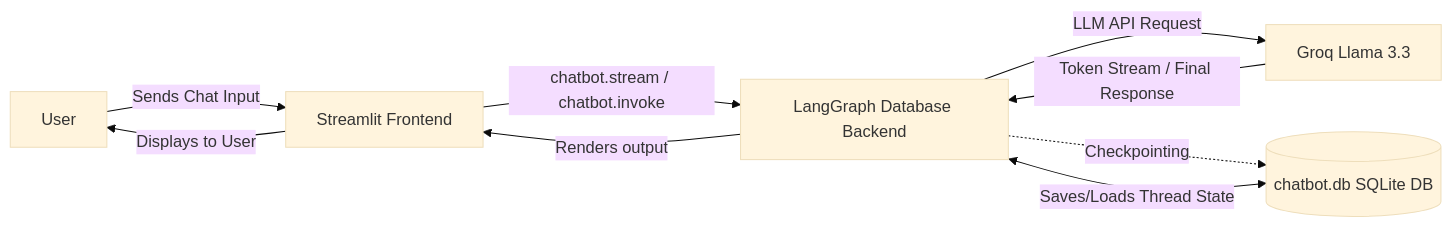
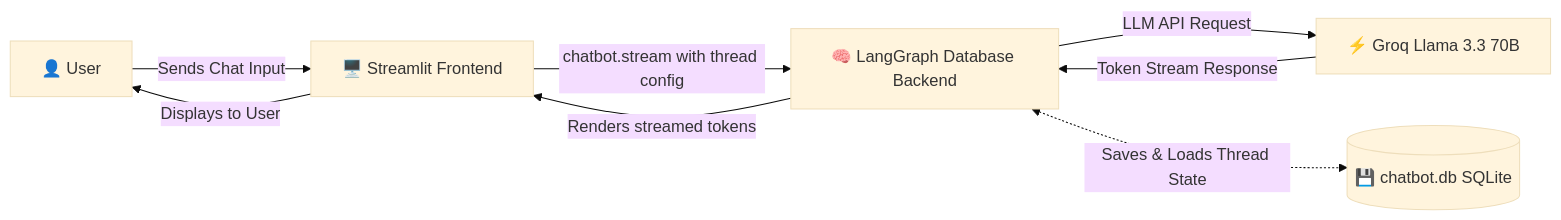
Before and after one commit to vijayypandit/langgraph-chatbot-ai: the first of 4 diagrams in README.md, drawn with Mermaid (base theme). The commit also changed other lines of this file and 3 other files, not shown here.

````diff
--- a/README.md
+++ b/README.md
@@ -28,12 +24,11 @@
 ```mermaid
 flowchart LR
-  U[User] -->|Sends Chat Input| UI[Streamlit Frontend]
-  UI -->|chatbot.stream / chatbot.invoke| BG[LangGraph Database Backend]
-  BG -->|LLM API Request| LLM[Groq Llama 3.3]
-  LLM -->|Token Stream / Final Response| BG
-  BG -->|Renders output| UI
+  U["👤 User"] -->|Sends Chat Input| UI["🖥️ Streamlit Frontend"]
+  UI -->|chatbot.stream with thread config| BG["🧠 LangGraph Database Backend"]
+  BG -->|LLM API Request| LLM["⚡ Groq Llama 3.3 70B"]
+  LLM -->|Token Stream Response| BG
+  BG -->|Renders streamed tokens| UI
   UI -->|Displays to User| U
 
-  BG -. Checkpointing .-> CP[(chatbot.db SQLite DB)]
-  BG <-->|Saves/Loads Thread State| CP
+  BG <-.->|"Saves & Loads Thread State"| CP[("💾 chatbot.db SQLite")]
 ```
````
